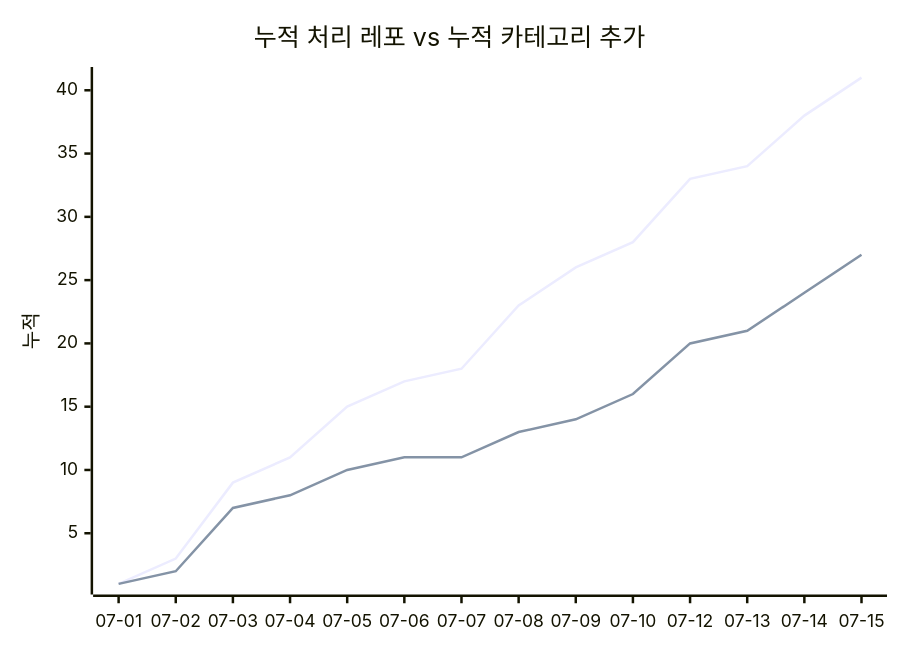
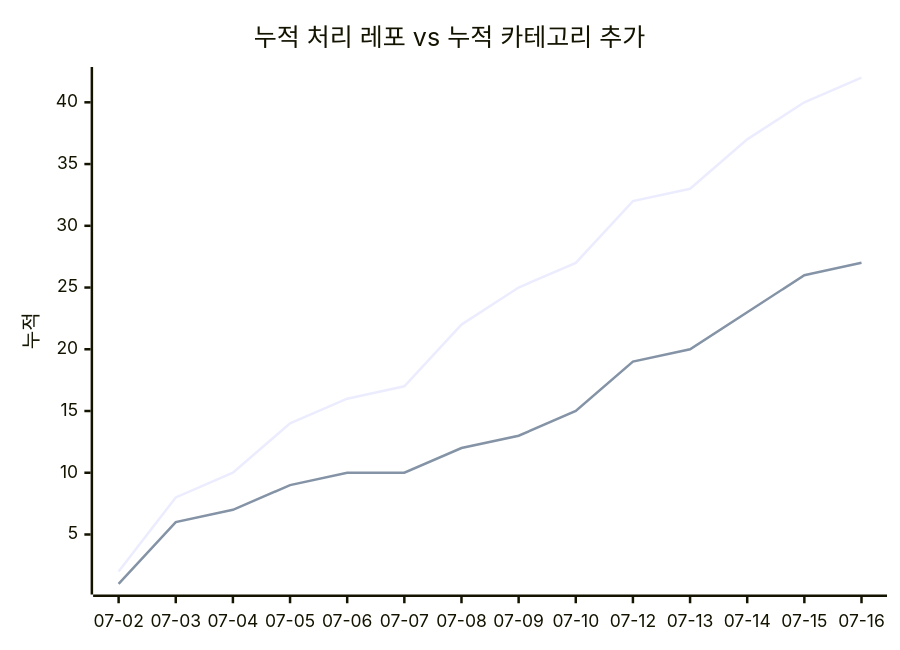
The second of 2 diagrams in docs/trends.md (J-nowcow/awesome-korean-agent-skills), drawn with Mermaid before and after one commit. The commit also changed other lines of this file and 4 other files, not shown here.

````diff
--- a/docs/trends.md
+++ b/docs/trends.md
@@ -68,8 +68,8 @@
 ```mermaid
 xychart-beta
     title "누적 처리 레포 vs 누적 카테고리 추가"
-    x-axis ["07-01","07-02","07-03","07-04","07-05","07-06","07-07","07-08","07-09","07-10","07-12","07-13","07-14","07-15"]
+    x-axis ["07-02","07-03","07-04","07-05","07-06","07-07","07-08","07-09","07-10","07-12","07-13","07-14","07-15","07-16"]
     y-axis "누적"
-    line [1,3,9,11,15,17,18,23,26,28,33,34,38,41]
-    line [1,2,7,8,10,11,11,13,14,16,20,21,24,27]
+    line [2,8,10,14,16,17,22,25,27,32,33,37,40,42]
+    line [1,6,7,9,10,10,12,13,15,19,20,23,26,27]
 ```
````
